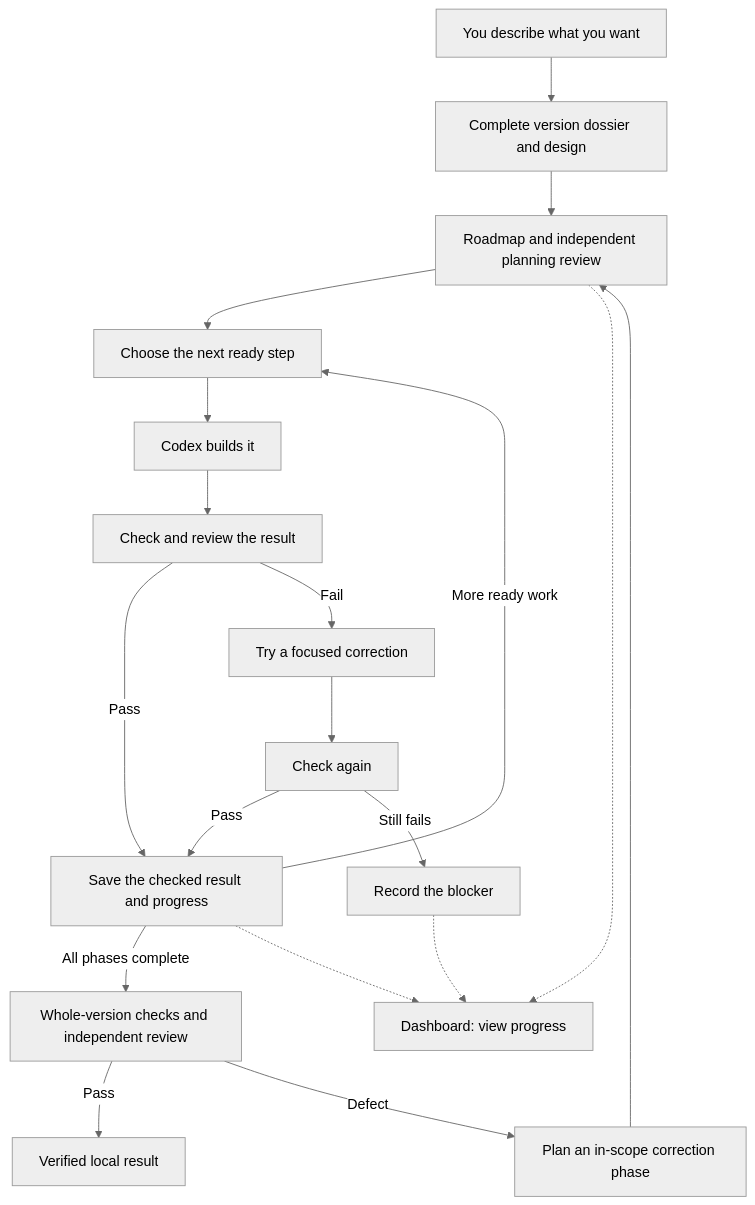
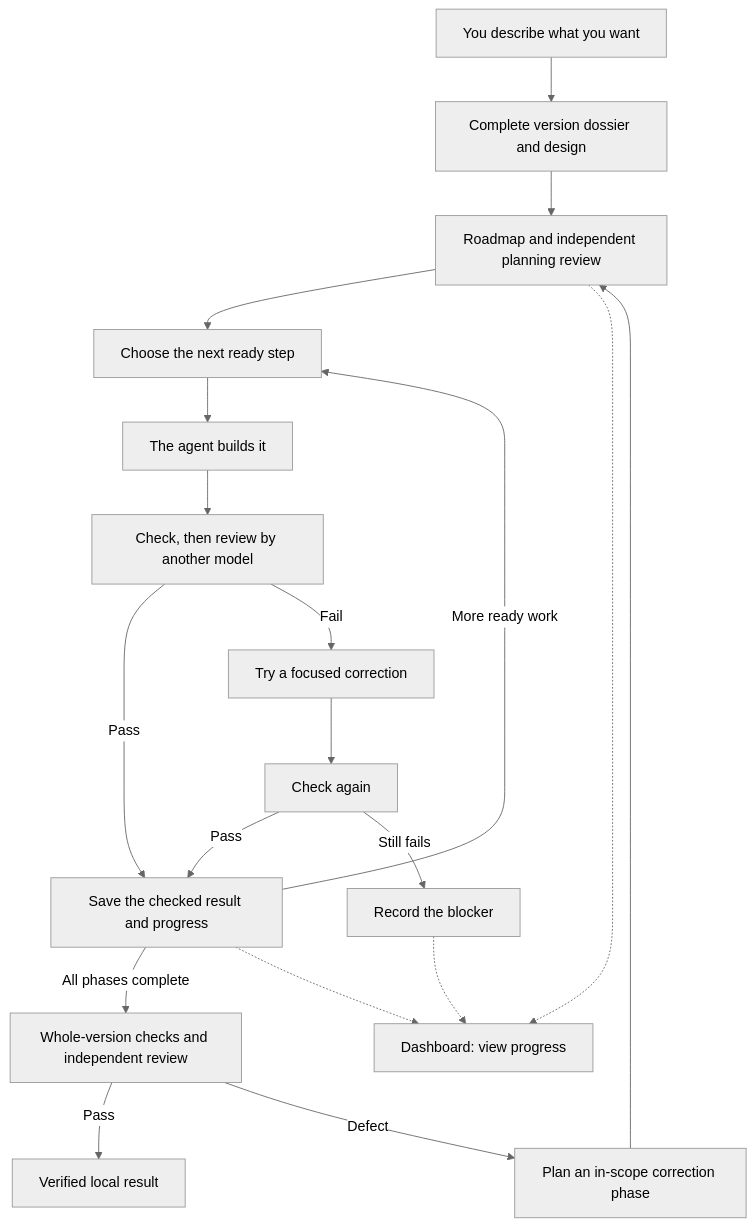
One commit to alexadark/riff-codex changed the diagram in README.md. Above: the diagram before and after it, drawn with Mermaid (neutral theme). The commit also changed other lines of this file and 5 other files, not shown here.

First line of the commit message:
Document RIFF for both Claude Code and Codex, with the review bridge

````diff
--- a/README.md
+++ b/README.md
@@ -37,21 +38,21 @@
 ```mermaid
 flowchart TD
     You[You describe what you want] --> Brief[Complete version dossier and design]
     Brief --> Plan[Roadmap and independent planning review]
     Plan --> Pick[Choose the next ready step]
-    Pick --> Build[Codex builds it]
-    Build --> Check[Check and review the result]
+    Pick --> Build[The agent builds it]
+    Build --> Check[Check, then review by another model]
     Check -->|Pass| Save[Save the checked result and progress]
     Check -->|Fail| Fix[Try a focused correction]
     Fix --> CheckAgain[Check again]
     CheckAgain -->|Pass| Save
     CheckAgain -->|Still fails| Stop[Record the blocker]
     Save -->|More ready work| Pick
     Save -->|All phases complete| Final[Whole-version checks and independent review]
     Final -->|Pass| Done[Verified local result]
     Final -->|Defect| Correction[Plan an in-scope correction phase]
     Correction --> Plan
     Plan -.-> View[Dashboard: view progress]
     Save -.-> View
     Stop -.-> View
 ```
````
